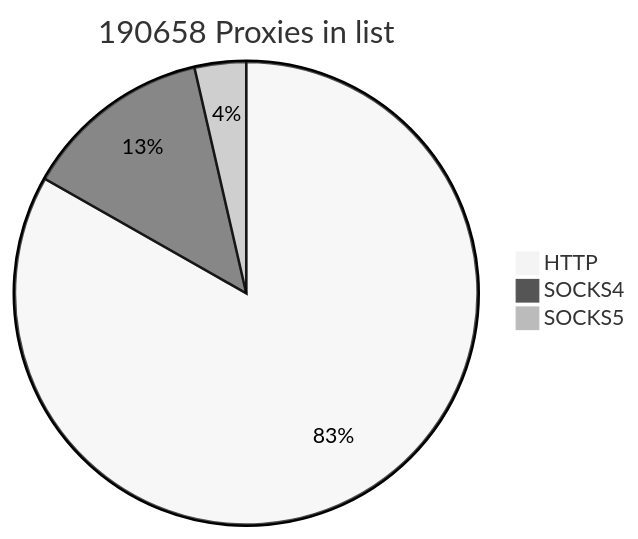
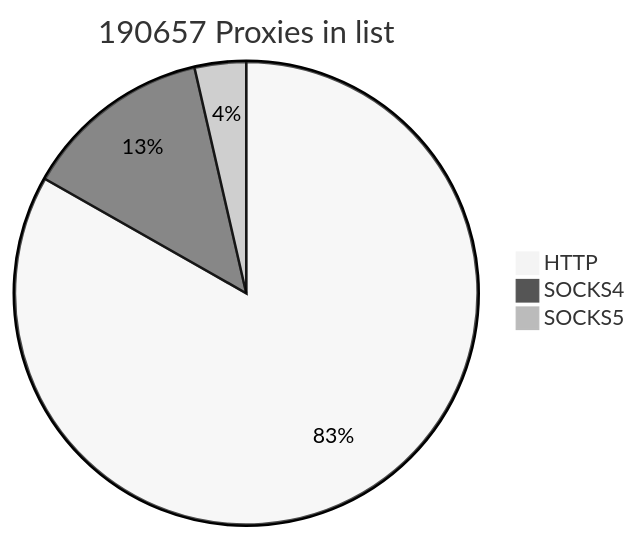
One commit to cutipu/proxylist changed the first of 2 diagrams in README.md. Above: the diagram before and after it, drawn with Mermaid (neutral theme). The commit also changed other lines of this file, not shown here.

````diff
--- a/README.md
+++ b/README.md
@@ -2,7 +2,7 @@
 ```mermaid
-pie title 190658 Proxies in list
+pie title 190657 Proxies in list
     "HTTP" : 158673
-    "SOCKS4" : 25137
+    "SOCKS4" : 25136
     "SOCKS5" : 6848
             
 ```
````
